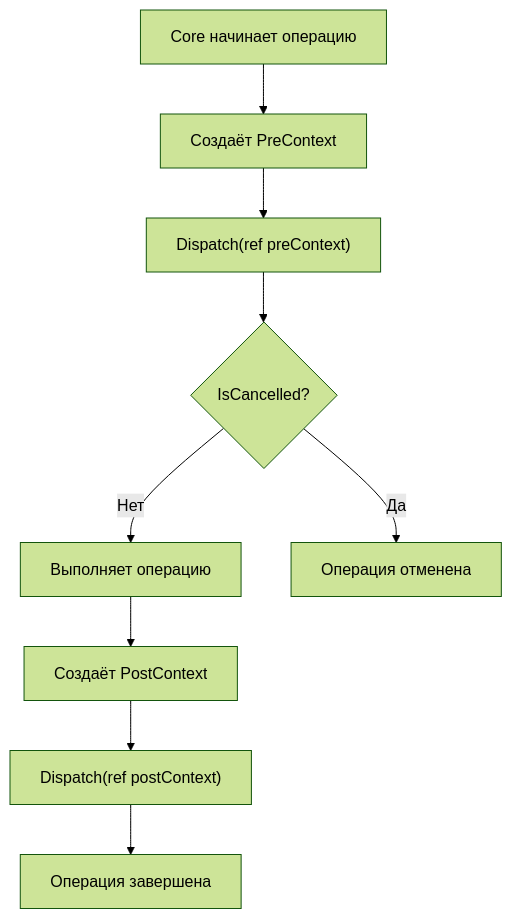
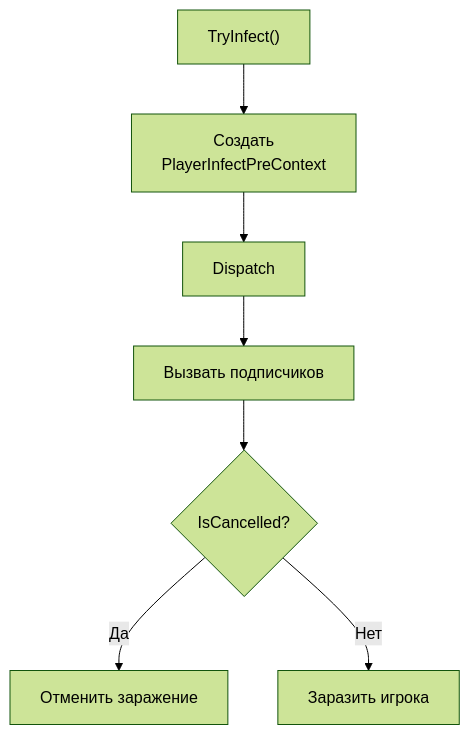
The fourth of 10 diagrams in Common.Hooks/README.md (elysium-corp/cs2-zombie-plague), drawn with Mermaid (forest theme) before and after one commit. The commit also changed other lines of this file, not shown here.

````diff
--- a/Common.Hooks/README.md
+++ b/Common.Hooks/README.md
@@ -162,23 +282,24 @@
 ```mermaid
 flowchart TD
-    Start["Core начинает операцию"]
-    Pre["Создаёт PreContext"]
-    DispatchPre["Dispatch(ref preContext)"]
+    Start["TryInfect()"]
+
+    Context["Создать<br/>PlayerInfectPreContext"]
+
+    Dispatch["Dispatch"]
+
+    Plugins["Вызвать подписчиков"]
+
     Cancel{"IsCancelled?"}
-    Operation["Выполняет операцию"]
-    Post["Создаёт PostContext"]
-    DispatchPost["Dispatch(ref postContext)"]
-    End["Операция завершена"]
-    Stop["Операция отменена"]
 
-    Start --> Pre
-    Pre --> DispatchPre
-    DispatchPre --> Cancel
+    Infect["Заразить игрока"]
+
+    Stop["Отменить заражение"]
+
+    Start --> Context
+    Context --> Dispatch
+    Dispatch --> Plugins
+    Plugins --> Cancel
 
     Cancel -->|"Да"| Stop
-    Cancel -->|"Нет"| Operation
-
-    Operation --> Post
-    Post --> DispatchPost
-    DispatchPost --> End
+    Cancel -->|"Нет"| Infect
 ```
````
